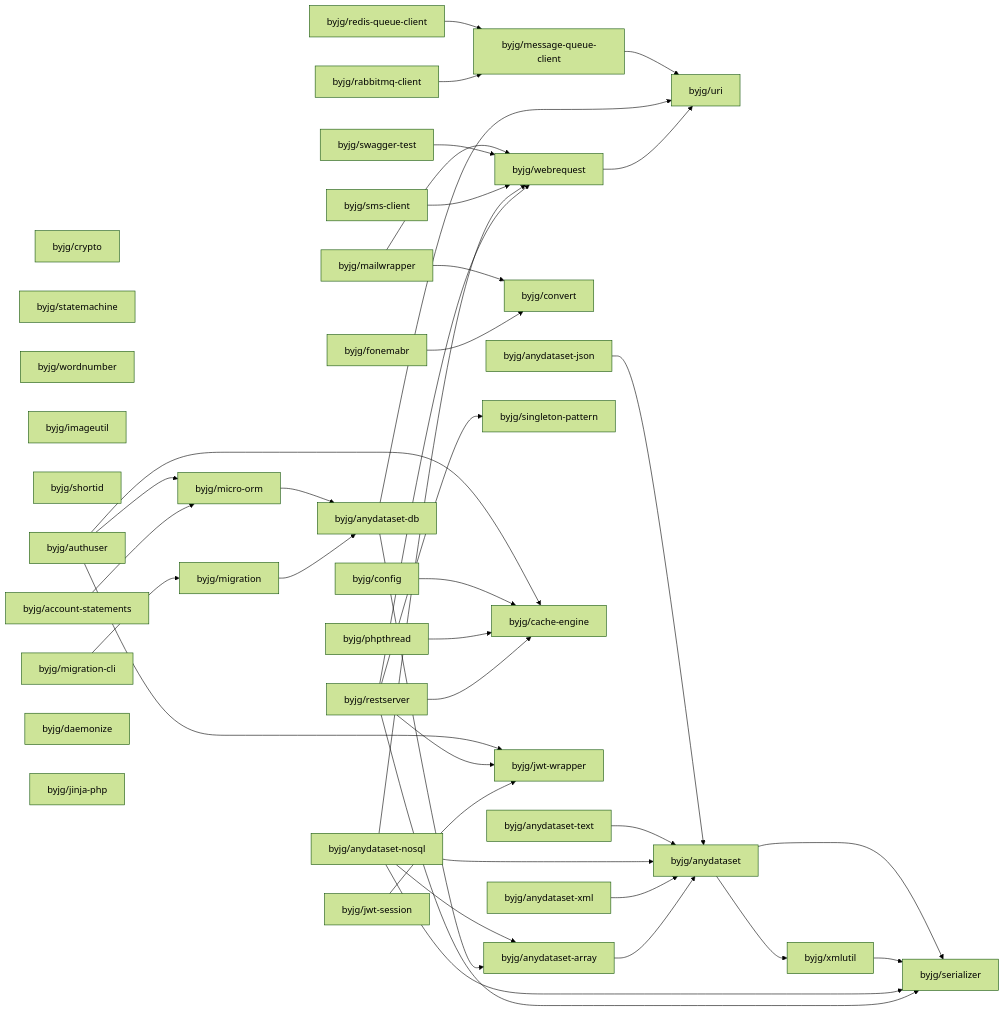
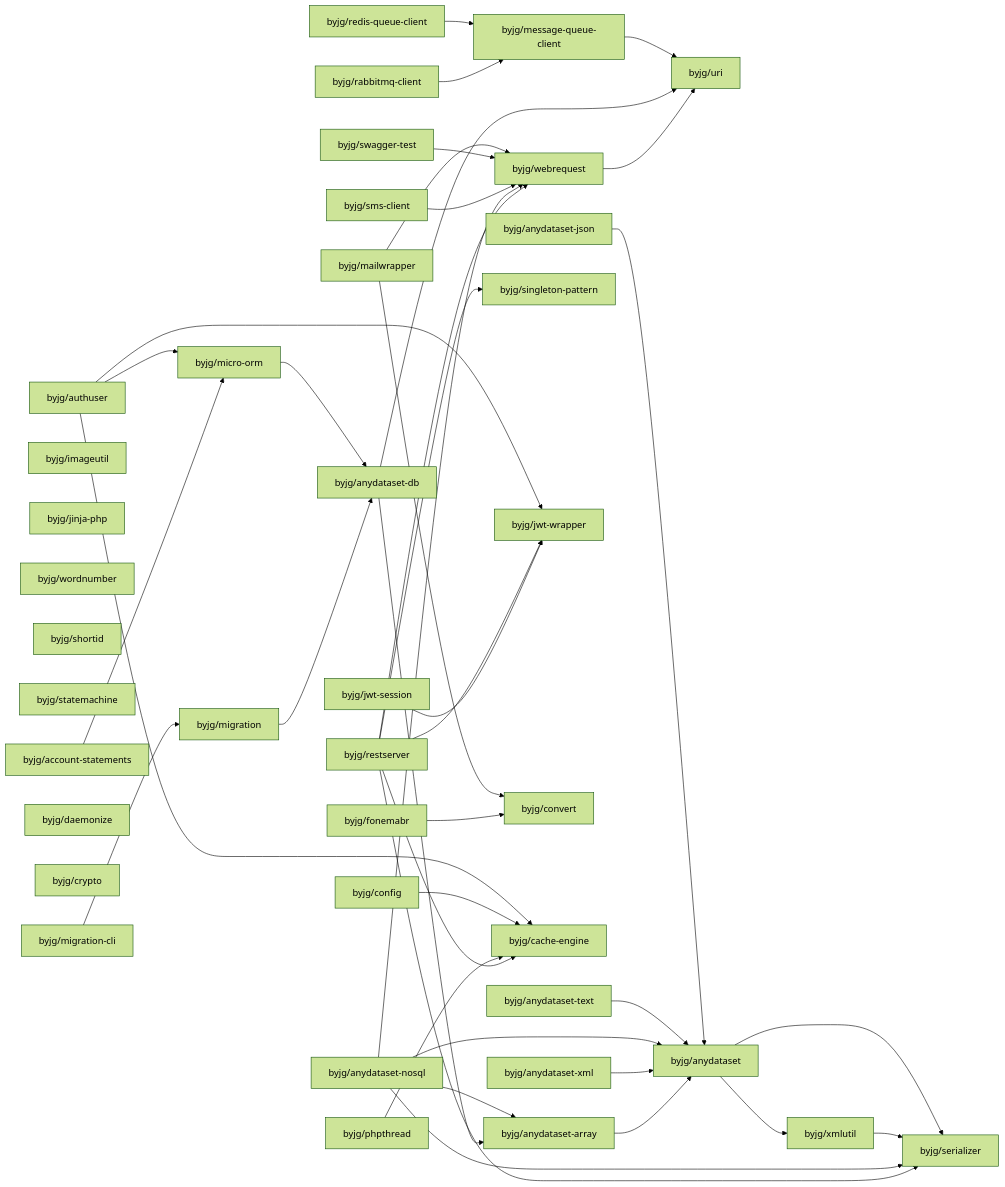
One commit to byjg/byjg.github.io changed the diagram in docs/php/README.md. Above: the diagram before and after it, drawn with Mermaid (forest theme). The commit also changed other lines of this file and 1 other file, not shown here.

Commit message:
Update documentation 'php' 'php-authuser'

````diff
--- a/docs/php/README.md
+++ b/docs/php/README.md
@@ -3,78 +3,78 @@
 ```mermaid
 graph LR;
+  byjg/anydataset-xml;
+  byjg/redis-queue-client;
+  byjg/config;
+  byjg/authuser;
+  byjg/imageutil;
+  byjg/jinja-php;
+  byjg/wordnumber;
   byjg/anydataset-json;
   byjg/anydataset-text;
-  byjg/crypto;
-  byjg/mailwrapper;
-  byjg/config;
-  byjg/phpthread;
-  byjg/statemachine;
-  byjg/fonemabr;
-  byjg/wordnumber;
-  byjg/imageutil;
-  byjg/jwt-session;
   byjg/shortid;
   byjg/rabbitmq-client;
+  byjg/statemachine;
+  byjg/restserver;
+  byjg/swagger-test;
+  byjg/jwt-session;
+  byjg/migration-cli;
+  byjg/mailwrapper;
+  byjg/sms-client;
+  byjg/fonemabr;
+  byjg/daemonize;
+  byjg/phpthread;
+  byjg/crypto;
   byjg/anydataset-nosql;
-  byjg/authuser;
   byjg/account-statements;
-  byjg/anydataset-xml;
-  byjg/redis-queue-client;
-  byjg/migration-cli;
-  byjg/daemonize;
-  byjg/swagger-test;
-  byjg/jinja-php;
-  byjg/restserver;
-  byjg/sms-client;
+  byjg/message-queue-client;
+  byjg/singleton-pattern;
+  byjg/jwt-wrapper;
+  byjg/migration;
   byjg/convert;
+  byjg/cache-engine;
+  byjg/webrequest;
   byjg/micro-orm;
-  byjg/message-queue-client;
-  byjg/migration;
-  byjg/singleton-pattern;
-  byjg/cache-engine;
-  byjg/jwt-wrapper;
-  byjg/webrequest;
   byjg/anydataset-db;
   byjg/anydataset-array;
   byjg/uri;
   byjg/anydataset;
   byjg/xmlutil;
   byjg/serializer;
   byjg/account-statements --> byjg/micro-orm;
   byjg/fonemabr --> byjg/convert;
   byjg/webrequest --> byjg/uri;
   byjg/anydataset-array --> byjg/anydataset;
   byjg/anydataset-xml --> byjg/anydataset;
   byjg/rabbitmq-client --> byjg/message-queue-client;
   byjg/redis-queue-client --> byjg/message-queue-client;
   byjg/jwt-session --> byjg/jwt-wrapper;
   byjg/anydataset-db --> byjg/anydataset-array;
   byjg/anydataset-db --> byjg/uri;
   byjg/restserver --> byjg/serializer;
   byjg/restserver --> byjg/singleton-pattern;
   byjg/restserver --> byjg/cache-engine;
   byjg/restserver --> byjg/webrequest;
   byjg/restserver --> byjg/jwt-wrapper;
   byjg/migration --> byjg/anydataset-db;
   byjg/anydataset-nosql --> byjg/anydataset;
   byjg/anydataset-nosql --> byjg/anydataset-array;
   byjg/anydataset-nosql --> byjg/serializer;
   byjg/anydataset-nosql --> byjg/webrequest;
   byjg/phpthread --> byjg/cache-engine;
   byjg/sms-client --> byjg/webrequest;
   byjg/swagger-test --> byjg/webrequest;
   byjg/migration-cli --> byjg/migration;
   byjg/config --> byjg/cache-engine;
   byjg/anydataset-text --> byjg/anydataset;
   byjg/micro-orm --> byjg/anydataset-db;
   byjg/authuser --> byjg/micro-orm;
   byjg/authuser --> byjg/cache-engine;
   byjg/authuser --> byjg/jwt-wrapper;
   byjg/anydataset-json --> byjg/anydataset;
   byjg/mailwrapper --> byjg/convert;
   byjg/mailwrapper --> byjg/webrequest;
   byjg/xmlutil --> byjg/serializer;
   byjg/anydataset --> byjg/serializer;
   byjg/anydataset --> byjg/xmlutil;
   byjg/message-queue-client --> byjg/uri;
 ```
````
